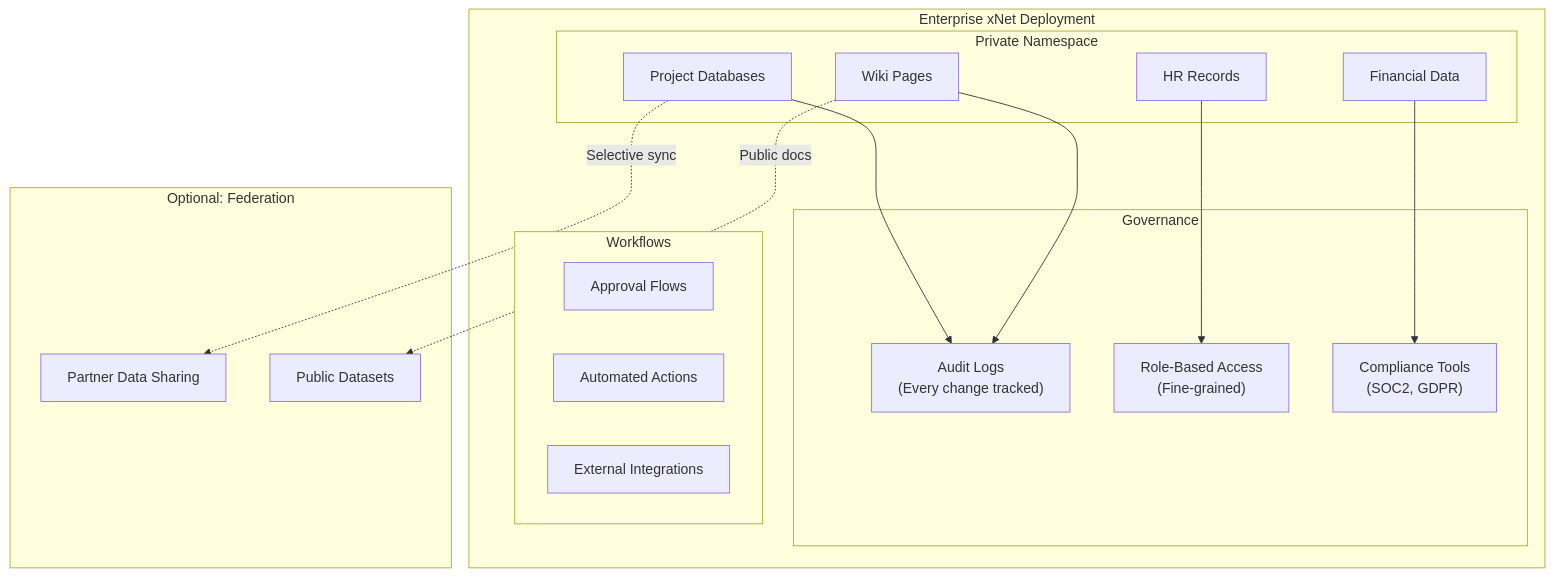
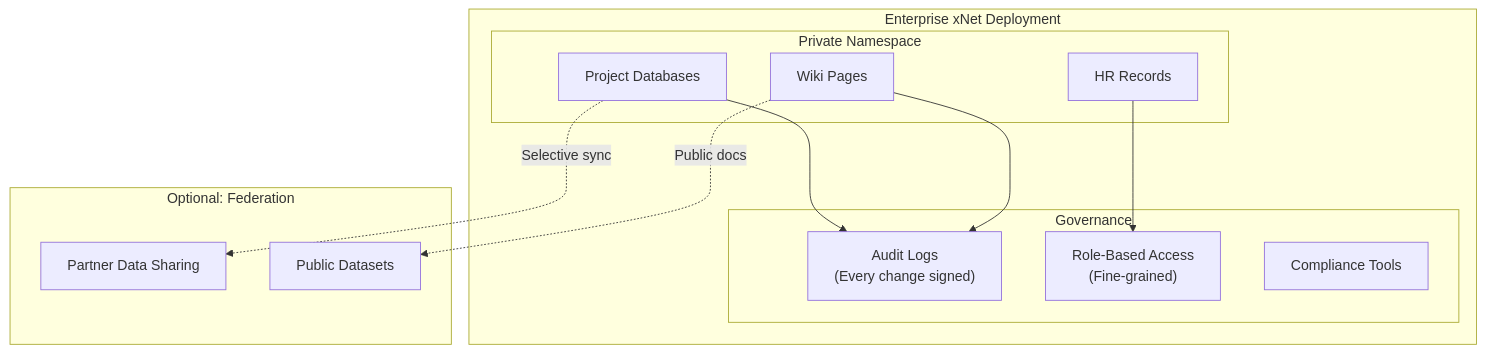
Before and after one commit to crs48/xNet: the fourth of 5 diagrams in docs/VISION.md, drawn with Mermaid. The commit also changed other lines of this file, not shown here.

````diff
--- a/docs/VISION.md
+++ b/docs/VISION.md
@@ -250,36 +348,28 @@
 ```mermaid
 flowchart TD
     subgraph "Enterprise xNet Deployment"
         subgraph "Private Namespace"
             WIKI["Wiki Pages"]
             PROJECTS["Project Databases"]
             HR["HR Records"]
-            FINANCE["Financial Data"]
         end
 
         subgraph "Governance"
-            AUDIT["Audit Logs<br/>(Every change tracked)"]
+            AUDIT["Audit Logs<br/>(Every change signed)"]
             RBAC["Role-Based Access<br/>(Fine-grained)"]
-            COMPLIANCE["Compliance Tools<br/>(SOC2, GDPR)"]
-        end
-
-        subgraph "Workflows"
-            APPROVALS["Approval Flows"]
-            AUTOMATION["Automated Actions"]
-            INTEGRATIONS["External Integrations"]
+            COMPLIANCE["Compliance Tools"]
         end
     end
 
     subgraph "Optional: Federation"
         PARTNERS["Partner Data Sharing"]
         PUBLIC["Public Datasets"]
     end
 
     WIKI --> AUDIT
     PROJECTS --> AUDIT
     HR --> RBAC
-    FINANCE --> COMPLIANCE
 
     PROJECTS -.->|"Selective sync"| PARTNERS
     WIKI -.->|"Public docs"| PUBLIC
 ```
````
